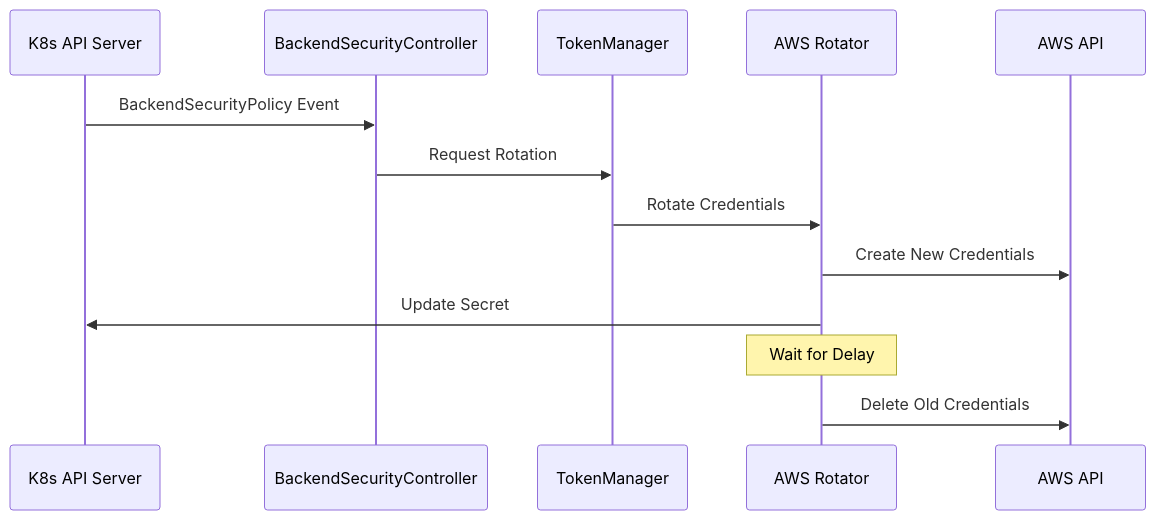
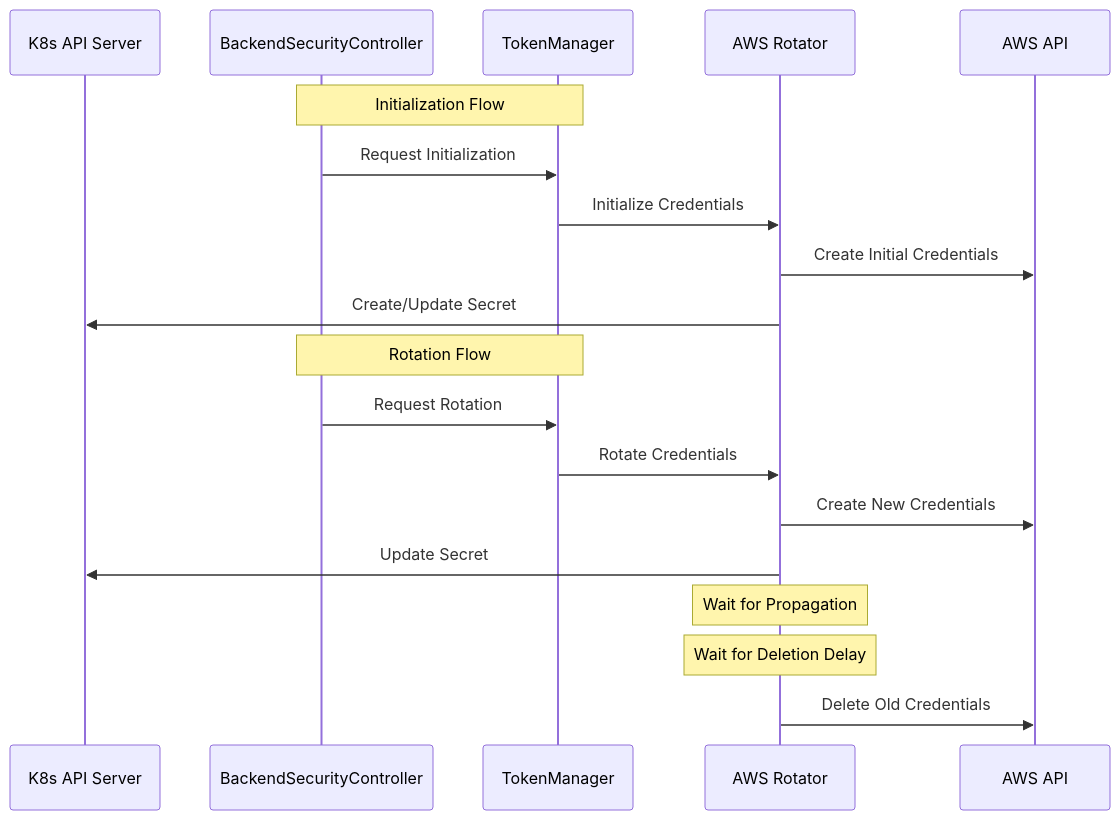
The diagram in docs/design/credential-rotation.md (envoyproxy/ai-gateway), drawn with Mermaid before and after one commit. The commit also changed other lines of this file and 5 other files, not shown here.

````diff
--- a/docs/design/credential-rotation.md
+++ b/docs/design/credential-rotation.md
@@ -31,16 +35,23 @@
 ```mermaid
 sequenceDiagram
     participant API as K8s API Server
     participant BSC as BackendSecurityController
     participant TM as TokenManager
     participant Rotator as AWS Rotator
     participant AWS as AWS API
 
-    API->>BSC: BackendSecurityPolicy Event
+    Note over BSC,TM: Initialization Flow
+    BSC->>TM: Request Initialization
+    TM->>Rotator: Initialize Credentials
+    Rotator->>AWS: Create Initial Credentials
+    Rotator->>API: Create/Update Secret
+
+    Note over BSC,TM: Rotation Flow
     BSC->>TM: Request Rotation
     TM->>Rotator: Rotate Credentials
     Rotator->>AWS: Create New Credentials
     Rotator->>API: Update Secret
-    Note over Rotator: Wait for Delay
+    Note over Rotator: Wait for Propagation
+    Note over Rotator: Wait for Deletion Delay
     Rotator->>AWS: Delete Old Credentials
 ```
````
